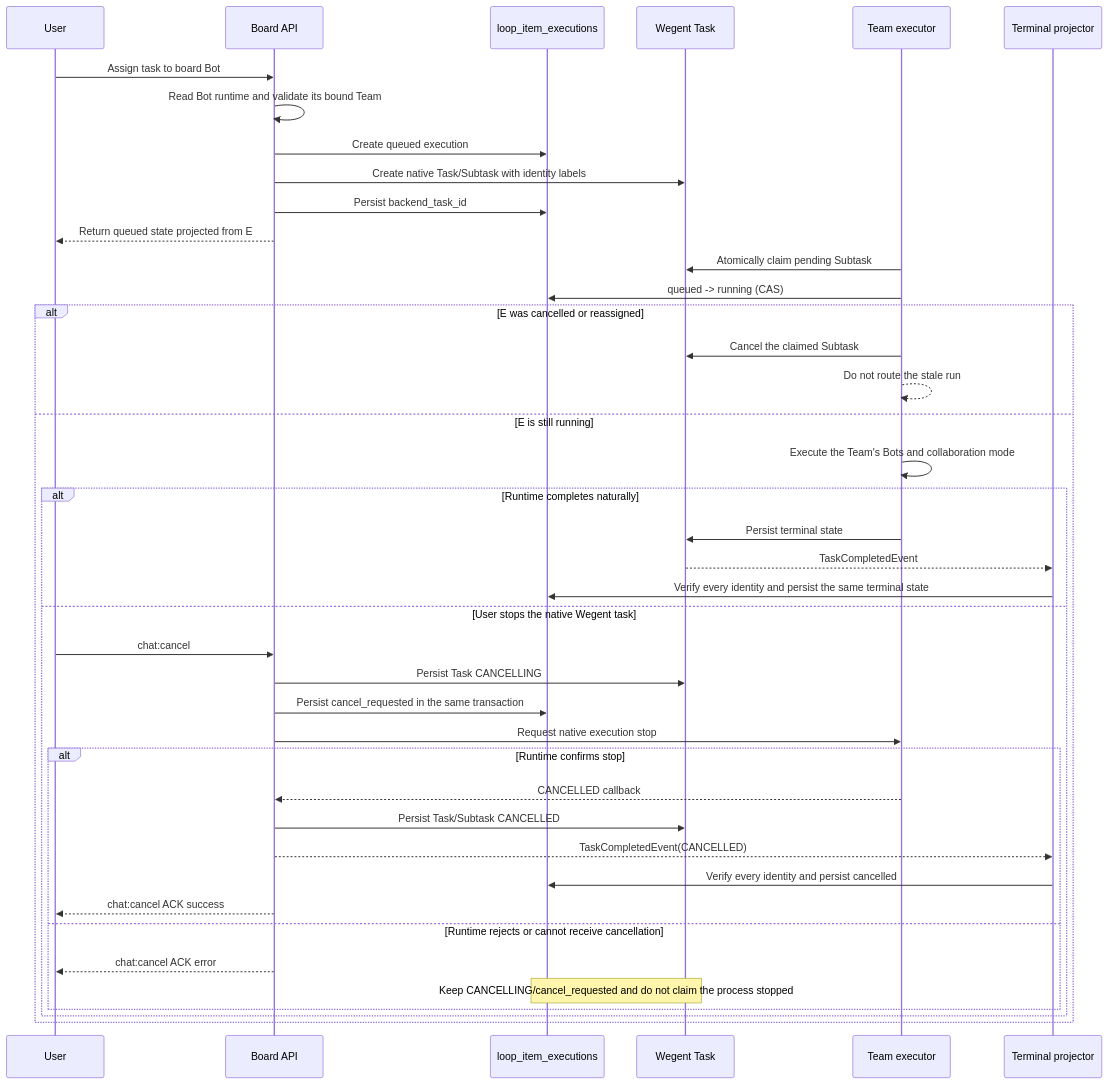
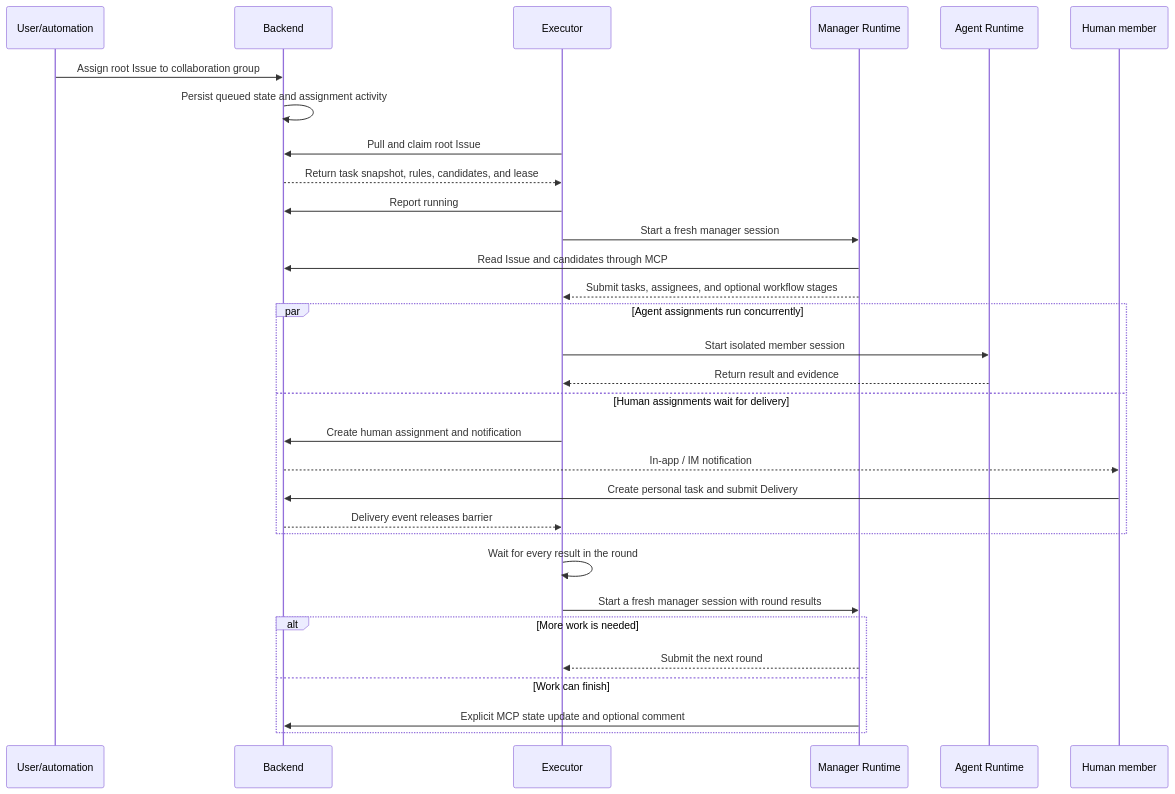
Before and after one commit to wecode-ai/wegent-docs: the second of 4 diagrams in docs/wegent/developer-guide/cloud-project-collaboration.md, drawn with Mermaid. The commit also changed other lines of this file and 5 other files, not shown here.

````diff
--- a/docs/wegent/developer-guide/cloud-project-collaboration.md
+++ b/docs/wegent/developer-guide/cloud-project-collaboration.md
@@ -341,44 +162,34 @@
 ```mermaid
 sequenceDiagram
-    participant U as User
-    participant B as Board API
-    participant E as loop_item_executions
-    participant T as Wegent Task
-    participant R as Team executor
-    participant C as Terminal projector
+    participant U as User/automation
+    participant B as Backend
+    participant E as Executor
+    participant M as Manager Runtime
+    participant A as Agent Runtime
+    participant H as Human member
 
-    U->>B: Assign task to board Bot
-    B->>B: Read Bot runtime and validate its bound Team
-    B->>E: Create queued execution
-    B->>T: Create native Task/Subtask with identity labels
-    B->>E: Persist backend_task_id
-    B-->>U: Return queued state projected from E
-    R->>T: Atomically claim pending Subtask
-    R->>E: queued -> running (CAS)
-    alt E was cancelled or reassigned
-        R->>T: Cancel the claimed Subtask
-        R-->>R: Do not route the stale run
-    else E is still running
-        R->>R: Execute the Team's Bots and collaboration mode
-        alt Runtime completes naturally
-            R->>T: Persist terminal state
-            T-->>C: TaskCompletedEvent
-            C->>E: Verify every identity and persist the same terminal state
-        else User stops the native Wegent task
-            U->>B: chat:cancel
-            B->>T: Persist Task CANCELLING
-            B->>E: Persist cancel_requested in the same transaction
-            B->>R: Request native execution stop
-            alt Runtime confirms stop
-                R-->>B: CANCELLED callback
-                B->>T: Persist Task/Subtask CANCELLED
-                B-->>C: TaskCompletedEvent(CANCELLED)
-                C->>E: Verify every identity and persist cancelled
-                B-->>U: chat:cancel ACK success
-            else Runtime rejects or cannot receive cancellation
-                B-->>U: chat:cancel ACK error
-                Note over T,E: Keep CANCELLING/cancel_requested and do not claim the process stopped
-            end
-        end
+    U->>B: Assign root Issue to collaboration group
+    B->>B: Persist queued state and assignment activity
+    E->>B: Pull and claim root Issue
+    B-->>E: Return task snapshot, rules, candidates, and lease
+    E->>B: Report running
+    E->>M: Start a fresh manager session
+    M->>B: Read Issue and candidates through MCP
+    M-->>E: Submit tasks, assignees, and optional workflow stages
+    par Agent assignments run concurrently
+        E->>A: Start isolated member session
+        A-->>E: Return result and evidence
+    and Human assignments wait for delivery
+        E->>B: Create human assignment and notification
+        B-->>H: In-app / IM notification
+        H->>B: Create personal task and submit Delivery
+        B-->>E: Delivery event releases barrier
+    end
+    E->>E: Wait for every result in the round
+    E->>M: Start a fresh manager session with round results
+    alt More work is needed
+        M-->>E: Submit the next round
+    else Work can finish
+        M->>B: Explicit MCP state update and optional comment
     end
 ```
````
